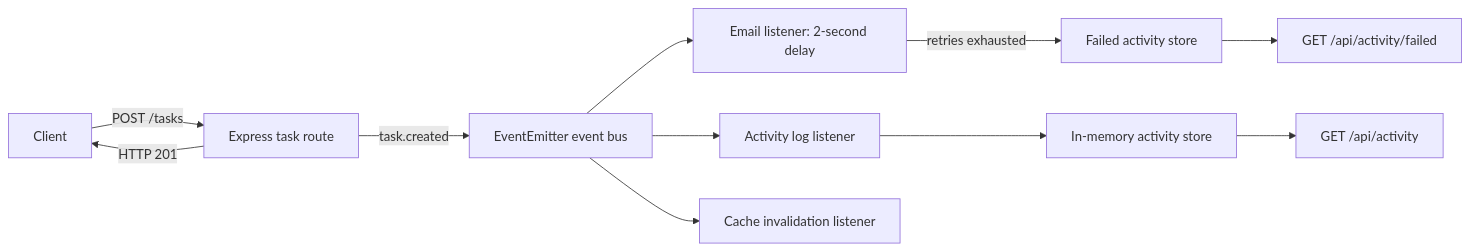
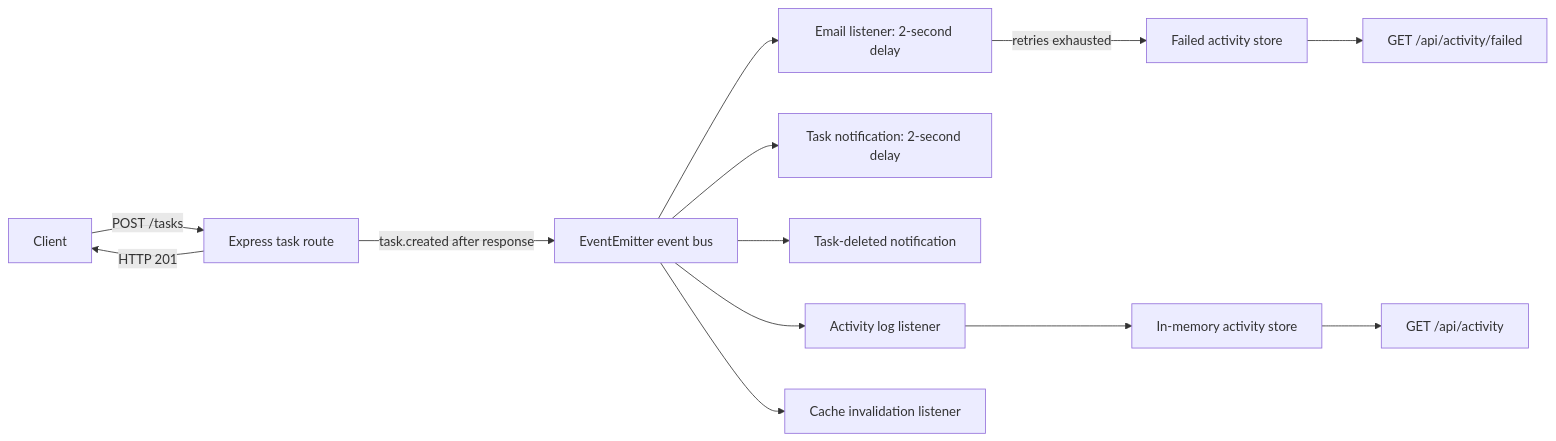
Before and after one commit to MahiSavani/Advanced-Web-Development-Frameworks: the diagram in task-manager-api/docs/practical-10.md, drawn with Mermaid. The commit also changed other lines of this file and 1 other file, not shown here.

````diff
--- a/task-manager-api/docs/practical-10.md
+++ b/task-manager-api/docs/practical-10.md
@@ -61,13 +67,15 @@
 ```mermaid
 flowchart LR
     Client -->|POST /tasks| Route[Express task route]
-    Route -->|task.created| Bus[EventEmitter event bus]
     Route -->|HTTP 201| Client
+    Route -->|task.created after response| Bus[EventEmitter event bus]
     Bus --> Email[Email listener: 2-second delay]
+    Bus --> Notification[Task notification: 2-second delay]
+    Bus --> Deleted[Task-deleted notification]
     Bus --> Activity[Activity log listener]
     Bus --> Cache[Cache invalidation listener]
     Email -->|retries exhausted| Failed[Failed activity store]
     Activity --> Store[In-memory activity store]
     Failed --> Endpoint[GET /api/activity/failed]
     Store --> ActivityEndpoint[GET /api/activity]
 ```
````
